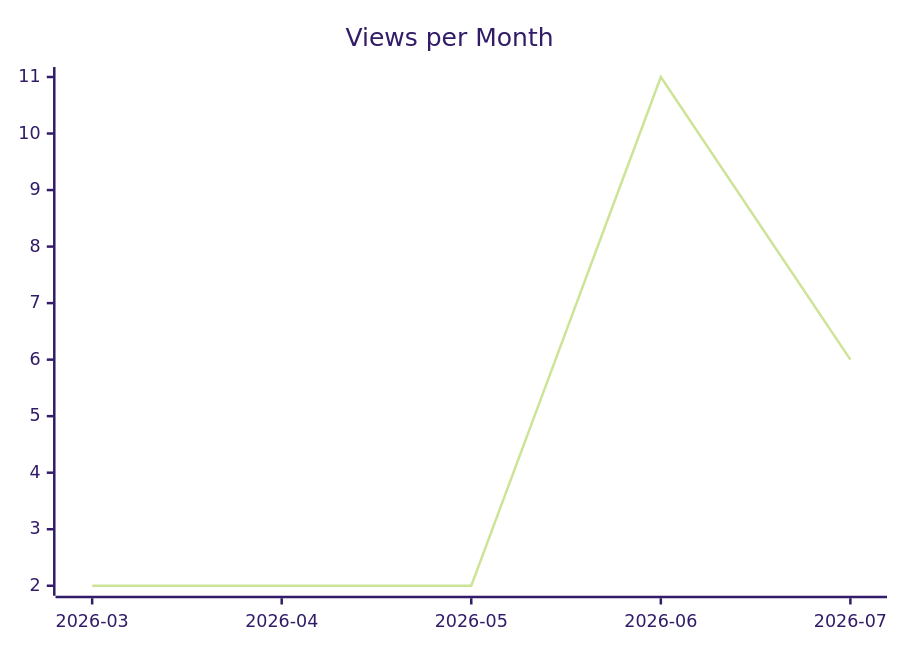
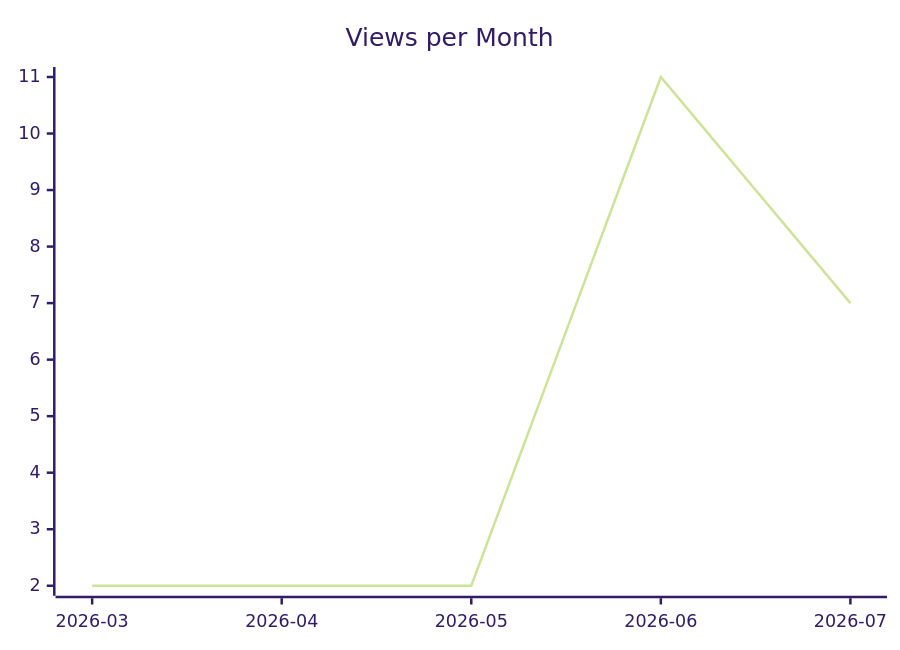
The second of 3 diagrams in karlmdavis/ansible-role-jenkins2/README.md (justdavis-family/github-analytics-data), drawn with Mermaid (forest theme) before and after one commit. The commit also changed other lines of this file and 193 other files, not shown here.

````diff
--- a/karlmdavis/ansible-role-jenkins2/README.md
+++ b/karlmdavis/ansible-role-jenkins2/README.md
@@ -12,6 +12,6 @@
 ```mermaid
 xychart-beta
   title "Views per Month"
   x-axis ["2026-03", "2026-04", "2026-05", "2026-06", "2026-07"]
-  line [2, 2, 2, 11, 6]
+  line [2, 2, 2, 11, 7]
 ```
````
